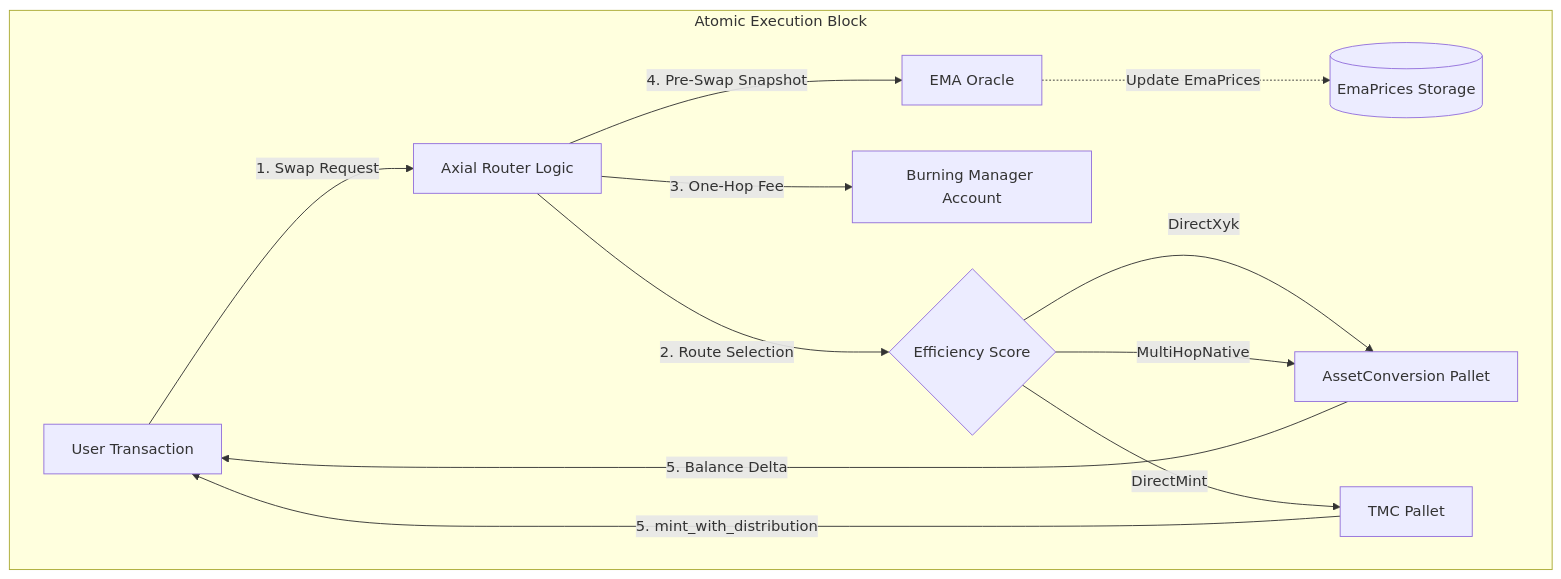
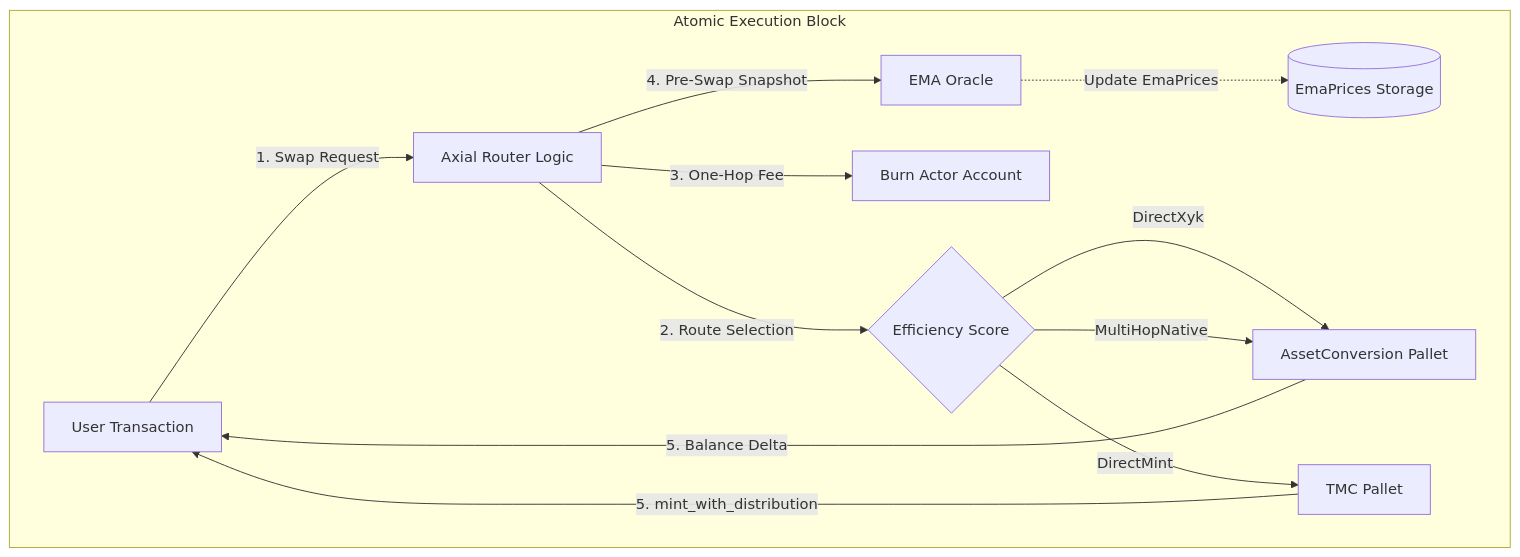
The diagram in docs/axial-router.architecture.en.md (atmo-network/deos), drawn with Mermaid before and after one commit. The commit also changed other lines of this file and 288 other files, not shown here.

````diff
--- a/docs/axial-router.architecture.en.md
+++ b/docs/axial-router.architecture.en.md
@@ -26,20 +26,20 @@
 ```mermaid
 graph TD
     User[User Transaction] -->|1. Swap Request| Router[Axial Router Logic]
 
     subgraph "Atomic Execution Block"
 
     Router -->|2. Route Selection| Decision{Efficiency Score}
-    Router -->|3. One-Hop Fee| BurnMgr[Burning Manager Account]
+    Router -->|3. One-Hop Fee| BurnActor[Burn Actor Account]
     Router -->|4. Pre-Swap Snapshot| Oracle[EMA Oracle]
     Oracle -.->|Update EmaPrices| OracleStorage[(EmaPrices Storage)]
 
     Decision -->|DirectXyk| XYK[AssetConversion Pallet]
     Decision -->|DirectMint| TMC[TMC Pallet]
     Decision -->|MultiHopNative| XYK
 
     XYK -->|5. Balance Delta| User
     TMC -->|5. mint_with_distribution| User
 
     end
 ```
````
